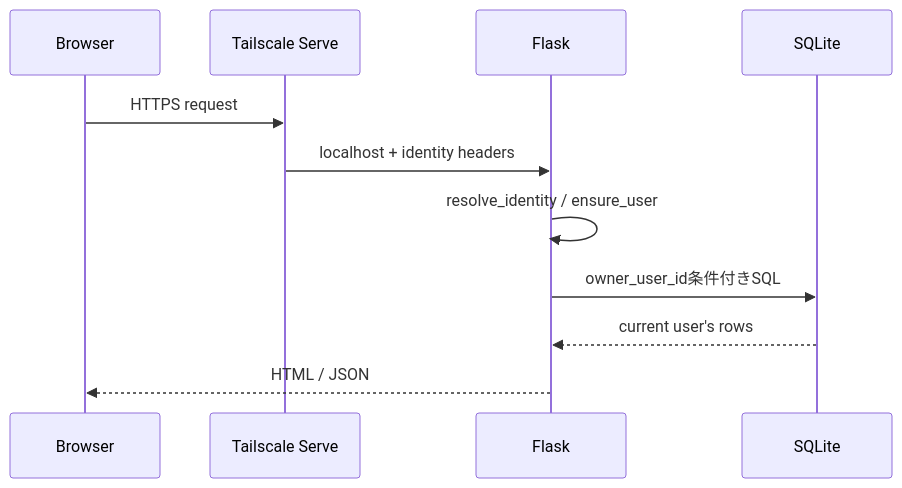
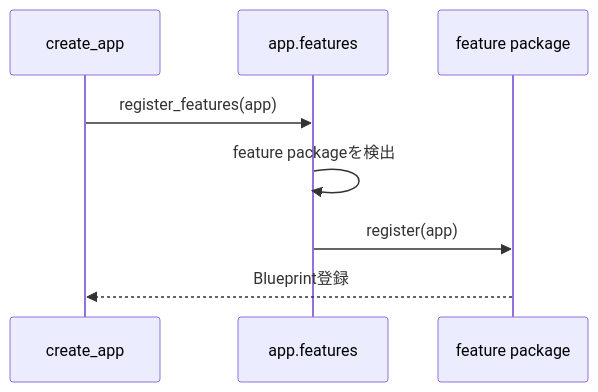
One commit to k-systems202208/python-sqlite-tailscale-webapp-template changed the third of 8 diagrams in docs/ARCHITECTURE.md. Above: the diagram before and after it, drawn with Mermaid. The commit also changed other lines of this file and 26 other files, not shown here.

````diff
--- a/docs/ARCHITECTURE.md
+++ b/docs/ARCHITECTURE.md
@@ -34,14 +74,10 @@
 ```mermaid
 sequenceDiagram
-    participant B as Browser
-    participant T as Tailscale Serve
-    participant F as Flask
-    participant D as SQLite
-
-    B->>T: HTTPS request
-    T->>F: localhost + identity headers
-    F->>F: resolve_identity / ensure_user
-    F->>D: owner_user_id条件付きSQL
-    D-->>F: current user's rows
-    F-->>B: HTML / JSON
+    participant A as create_app
+    participant F as app.features
+    participant X as feature package
+    A->>F: register_features(app)
+    F->>F: feature packageを検出
+    F->>X: register(app)
+    X-->>A: Blueprint登録
 ```
````
